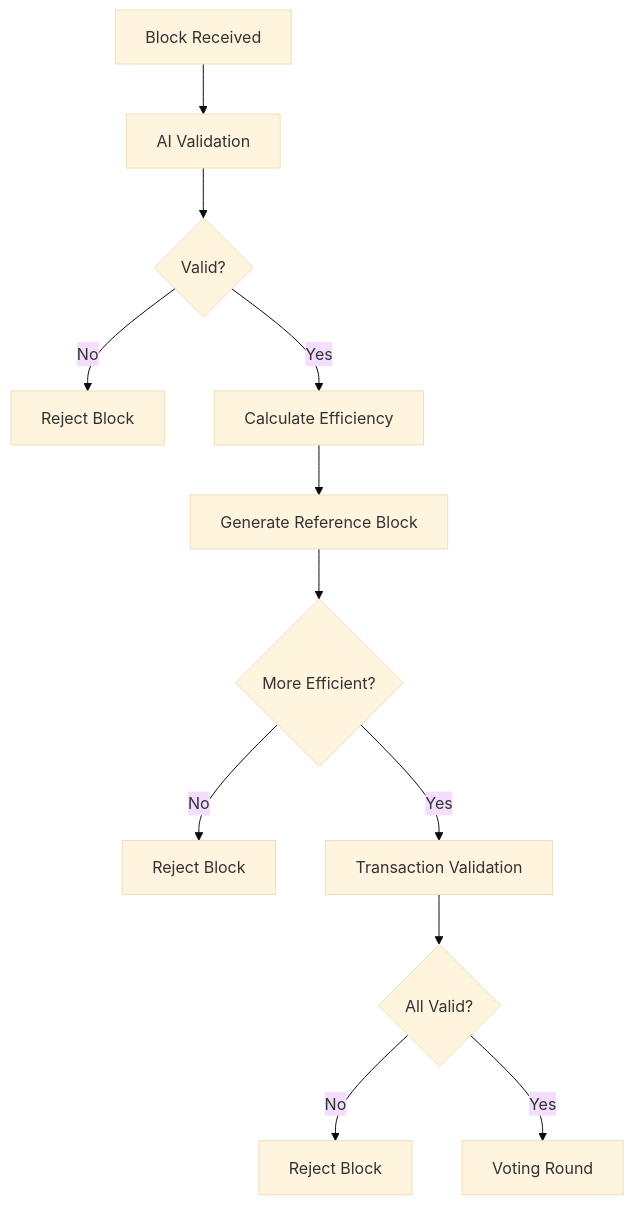
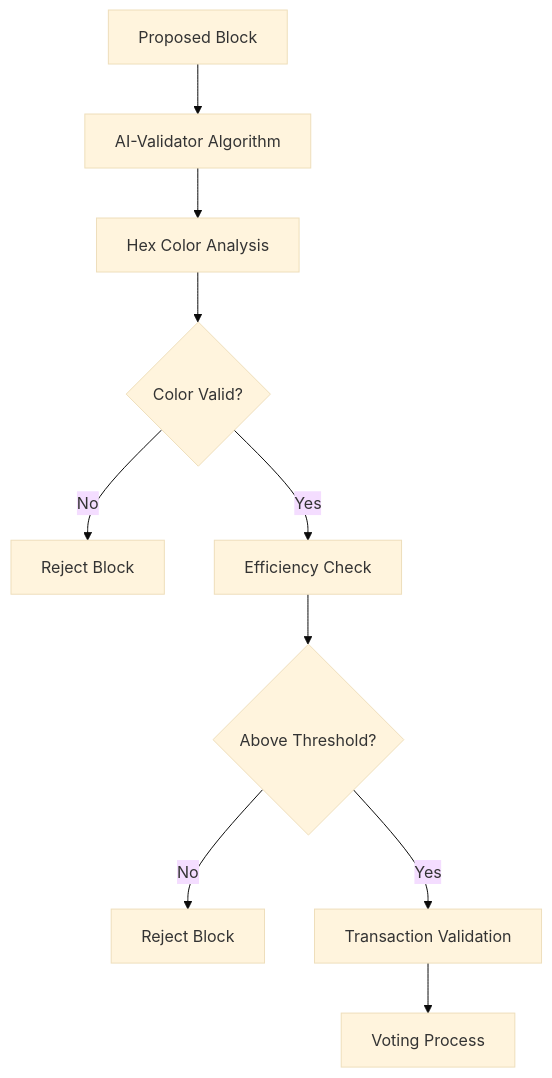
Before and after one commit to SELF-Technology/self-chain-public: the second of 3 diagrams in src/consensus/README.md, drawn with Mermaid (base theme). The commit also changed other lines of this file, not shown here.

````diff
--- a/src/consensus/README.md
+++ b/src/consensus/README.md
@@ -61,14 +80,12 @@
 ```mermaid
 graph TD
-    A[Block Received] --> B[AI Validation]
-    B --> C{Valid?}
-    C -- No --> D[Reject Block]
-    C -- Yes --> E[Calculate Efficiency]
-    E --> F[Generate Reference Block]
-    F --> G{More Efficient?}
+    A[Proposed Block] --> B[AI-Validator Algorithm]
+    B --> C[Hex Color Analysis]
+    C --> D{Color Valid?}
+    D -- No --> E[Reject Block]
+    D -- Yes --> F[Efficiency Check]
+    F --> G{Above Threshold?}
     G -- No --> H[Reject Block]
     G -- Yes --> I[Transaction Validation]
-    I --> J{All Valid?}
-    J -- No --> K[Reject Block]
-    J -- Yes --> L[Voting Round]
+    I --> J[Voting Process]
 ```
````
